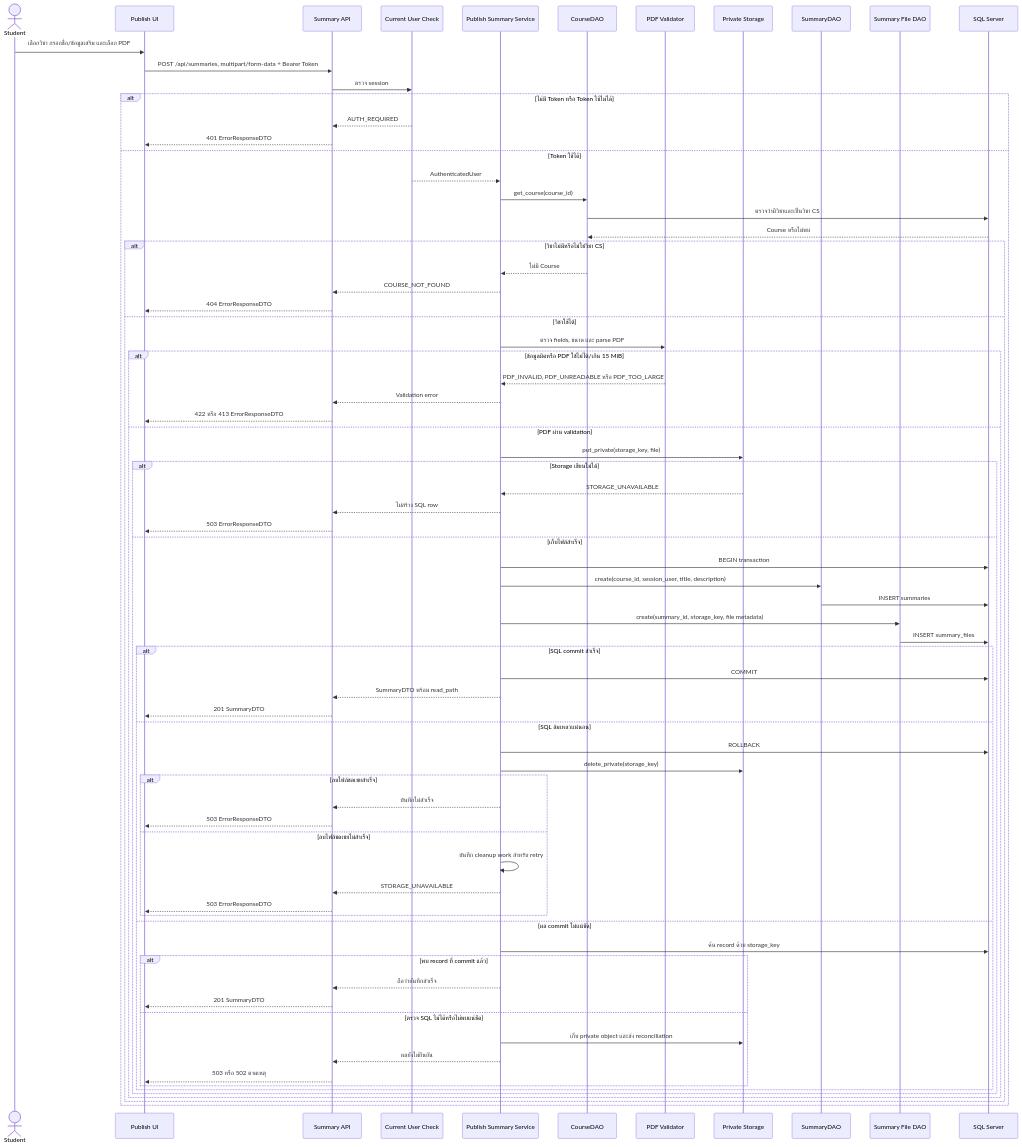
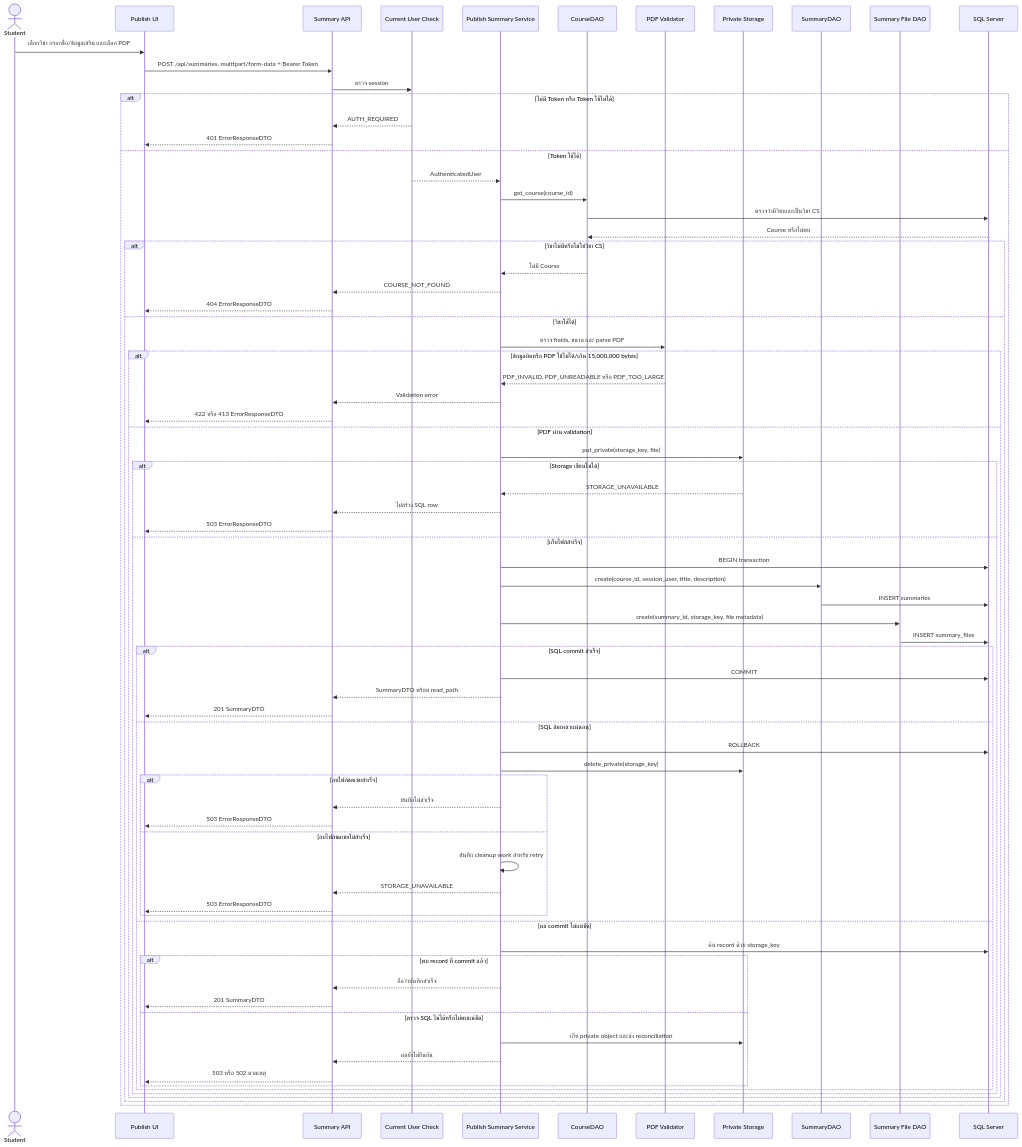
One commit to Lilieay/cs261-group4-100001 changed the diagram in docs/U6/design/task100-u6-pdf-publish.mmd. Above: the diagram before and after it, drawn with Mermaid. The commit also changed 2 other files, not shown here.

Commit message:
docs(task100): align PDF limit and orphan cleanup

```diff
--- a/docs/U6/design/task100-u6-pdf-publish.mmd
+++ b/docs/U6/design/task100-u6-pdf-publish.mmd
@@ -1,76 +1,76 @@
 sequenceDiagram
     actor Student
     participant UI as Publish UI
     participant API as Summary API
     participant Auth as Current User Check
     participant Service as Publish Summary Service
     participant CourseDAO
     participant Validator as PDF Validator
     participant Storage as Private Storage
     participant SummaryDAO
     participant FileDAO as Summary File DAO
     participant SQL as SQL Server
 
     Student->>UI: เลือกวิชา กรอกชื่อ/ข้อมูลเสริม และเลือก PDF
     UI->>API: POST /api/summaries, multipart/form-data + Bearer Token
     API->>Auth: ตรวจ session
     alt ไม่มี Token หรือ Token ใช้ไม่ได้
         Auth-->>API: AUTH_REQUIRED
         API-->>UI: 401 ErrorResponseDTO
     else Token ใช้ได้
         Auth-->>Service: AuthenticatedUser
         Service->>CourseDAO: get_course(course_id)
         CourseDAO->>SQL: ตรวจว่ามีวิชาและเป็นวิชา CS
         SQL-->>CourseDAO: Course หรือไม่พบ
         alt วิชาไม่มีหรือไม่ใช่วิชา CS
             CourseDAO-->>Service: ไม่มี Course
             Service-->>API: COURSE_NOT_FOUND
             API-->>UI: 404 ErrorResponseDTO
         else วิชาใช้ได้
             Service->>Validator: ตรวจ fields, ขนาด และ parse PDF
-            alt ข้อมูลผิดหรือ PDF ใช้ไม่ได้/เกิน 15 MiB
+            alt ข้อมูลผิดหรือ PDF ใช้ไม่ได้/เกิน 15,000,000 bytes
                 Validator-->>Service: PDF_INVALID, PDF_UNREADABLE หรือ PDF_TOO_LARGE
                 Service-->>API: Validation error
                 API-->>UI: 422 หรือ 413 ErrorResponseDTO
             else PDF ผ่าน validation
                 Service->>Storage: put_private(storage_key, file)
                 alt Storage เขียนไม่ได้
                     Storage-->>Service: STORAGE_UNAVAILABLE
                     Service-->>API: ไม่สร้าง SQL row
                     API-->>UI: 503 ErrorResponseDTO
                 else เก็บไฟล์สำเร็จ
                     Service->>SQL: BEGIN transaction
                     Service->>SummaryDAO: create(course_id, session_user, title, description)
                     SummaryDAO->>SQL: INSERT summaries
                     Service->>FileDAO: create(summary_id, storage_key, file metadata)
                     FileDAO->>SQL: INSERT summary_files
                     alt SQL commit สำเร็จ
                         Service->>SQL: COMMIT
                         Service-->>API: SummaryDTO พร้อม read_path
                         API-->>UI: 201 SummaryDTO
                     else SQL ล้มเหลวแน่นอน
                         Service->>SQL: ROLLBACK
                         Service->>Storage: delete_private(storage_key)
                         alt ลบไฟล์ชดเชยสำเร็จ
                             Service-->>API: บันทึกไม่สำเร็จ
                             API-->>UI: 503 ErrorResponseDTO
                         else ลบไฟล์ชดเชยไม่สำเร็จ
                             Service->>Service: บันทึก cleanup work สำหรับ retry
                             Service-->>API: STORAGE_UNAVAILABLE
                             API-->>UI: 503 ErrorResponseDTO
                         end
                     else ผล commit ไม่แน่ชัด
                         Service->>SQL: ค้น record ด้วย storage_key
                         alt พบ record ที่ commit แล้ว
                             Service-->>API: ถือว่าบันทึกสำเร็จ
                             API-->>UI: 201 SummaryDTO
                         else ตรวจ SQL ไม่ได้หรือไม่พบแน่ชัด
                             Service->>Storage: เก็บ private object และส่ง reconciliation
                             Service-->>API: ผลยังไม่ยืนยัน
                             API-->>UI: 503 หรือ 502 ตามเหตุ
                         end
                     end
                 end
             end
         end
     end
```
